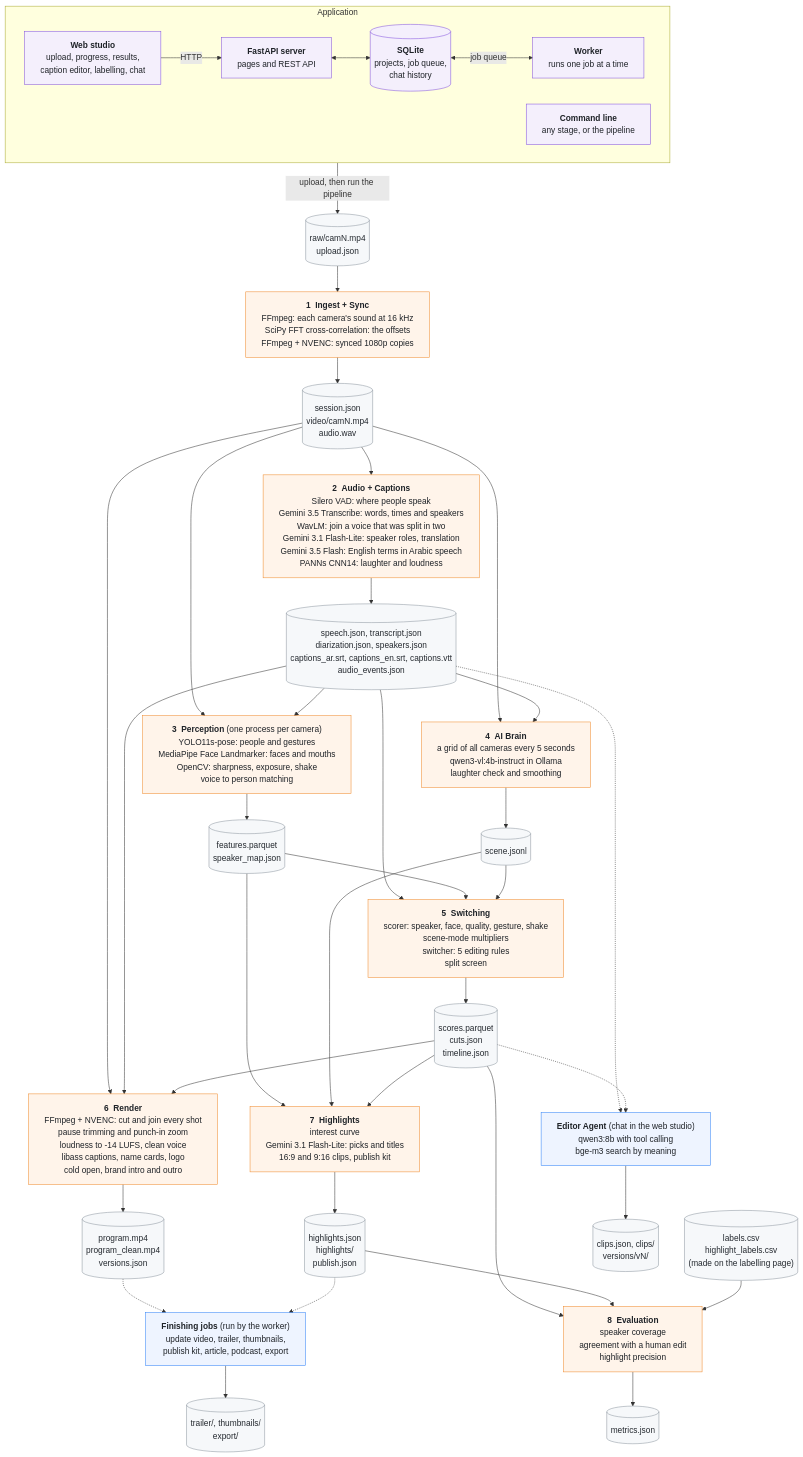
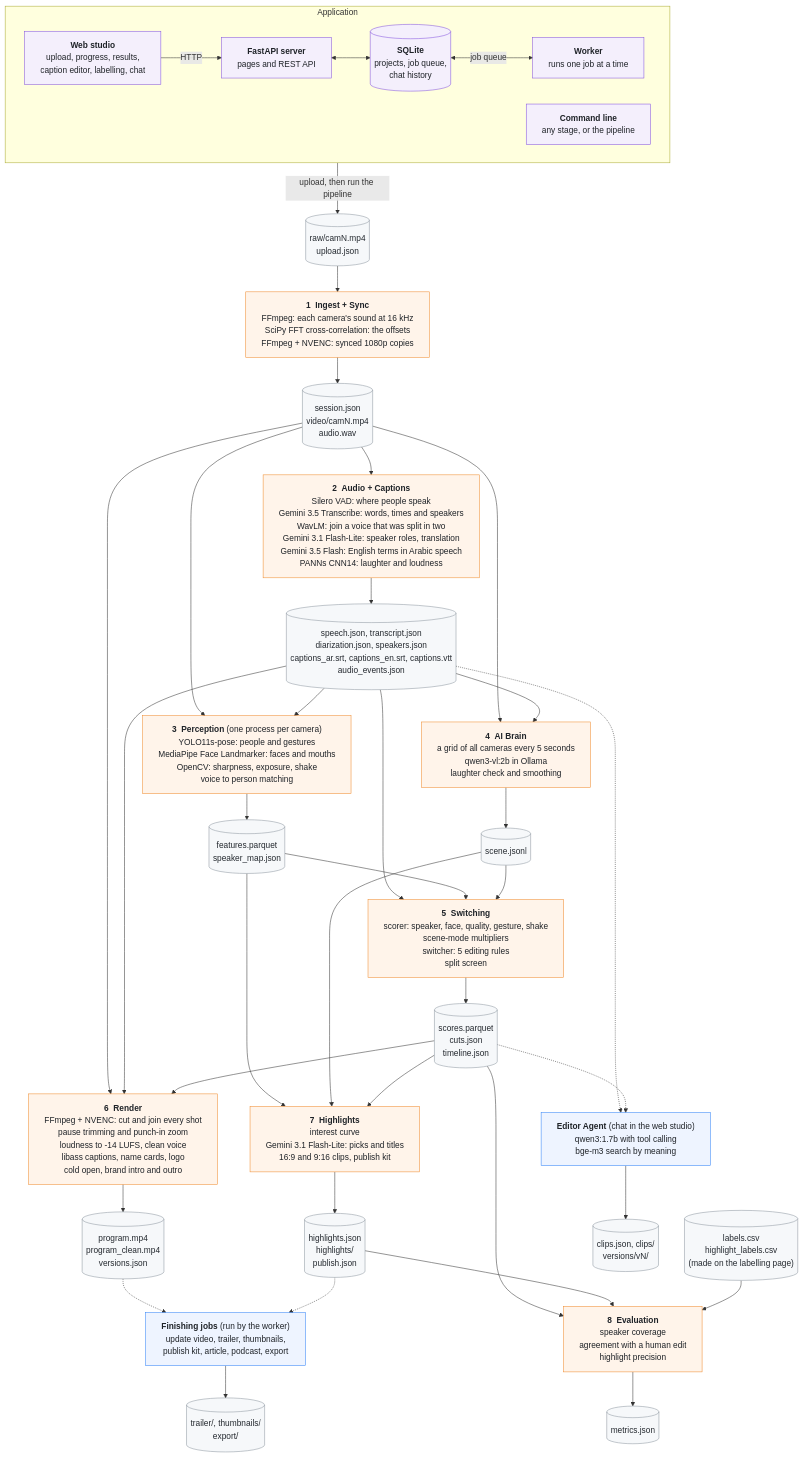
The diagram in README.md (ahmed-salama-ai/FramePilot), drawn with Mermaid before and after one commit. The commit also changed other lines of this file and 12 other files, not shown here.

```diff
--- a/README.md
+++ b/README.md
@@ -201,7 +201,7 @@
     S3["<b>3 &nbsp;Perception</b> (one process per camera)<br/>YOLO11s-pose: people and gestures<br/>MediaPipe Face Landmarker: faces and mouths<br/>OpenCV: sharpness, exposure, shake<br/>voice to person matching"]
     F3[("features.parquet<br/>speaker_map.json")]
 
-    S4["<b>4 &nbsp;AI Brain</b><br/>a grid of all cameras every 5 seconds<br/>qwen3-vl:4b-instruct in Ollama<br/>laughter check and smoothing"]
+    S4["<b>4 &nbsp;AI Brain</b><br/>a grid of all cameras every 5 seconds<br/>qwen3-vl:2b in Ollama<br/>laughter check and smoothing"]
     F4[("scene.jsonl")]
 
     S5["<b>5 &nbsp;Switching</b><br/>scorer: speaker, face, quality, gesture, shake<br/>scene-mode multipliers<br/>switcher: 5 editing rules<br/>split screen"]
@@ -217,7 +217,7 @@
     S8["<b>8 &nbsp;Evaluation</b><br/>speaker coverage<br/>agreement with a human edit<br/>highlight precision"]
     F8[("metrics.json")]
 
-    AGENT["<b>Editor Agent</b> (chat in the web studio)<br/>qwen3:8b with tool calling<br/>bge-m3 search by meaning"]
+    AGENT["<b>Editor Agent</b> (chat in the web studio)<br/>qwen3:1.7b with tool calling<br/>bge-m3 search by meaning"]
     F9[("clips.json, clips/<br/>versions/vN/")]
 
     EXTRA["<b>Finishing jobs</b> (run by the worker)<br/>update video, trailer, thumbnails,<br/>publish kit, article, podcast, export"]
```
